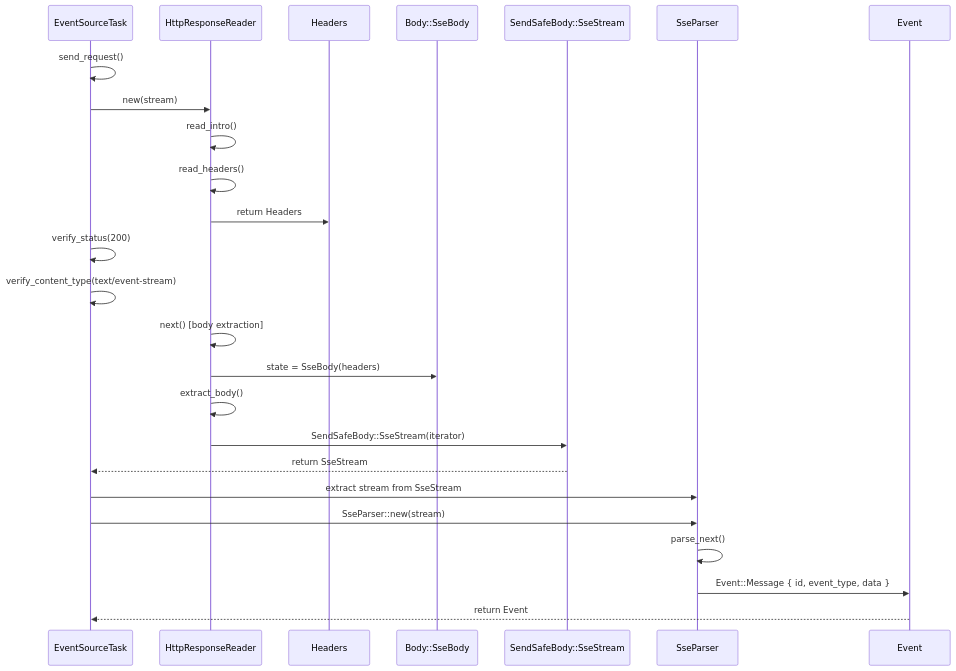
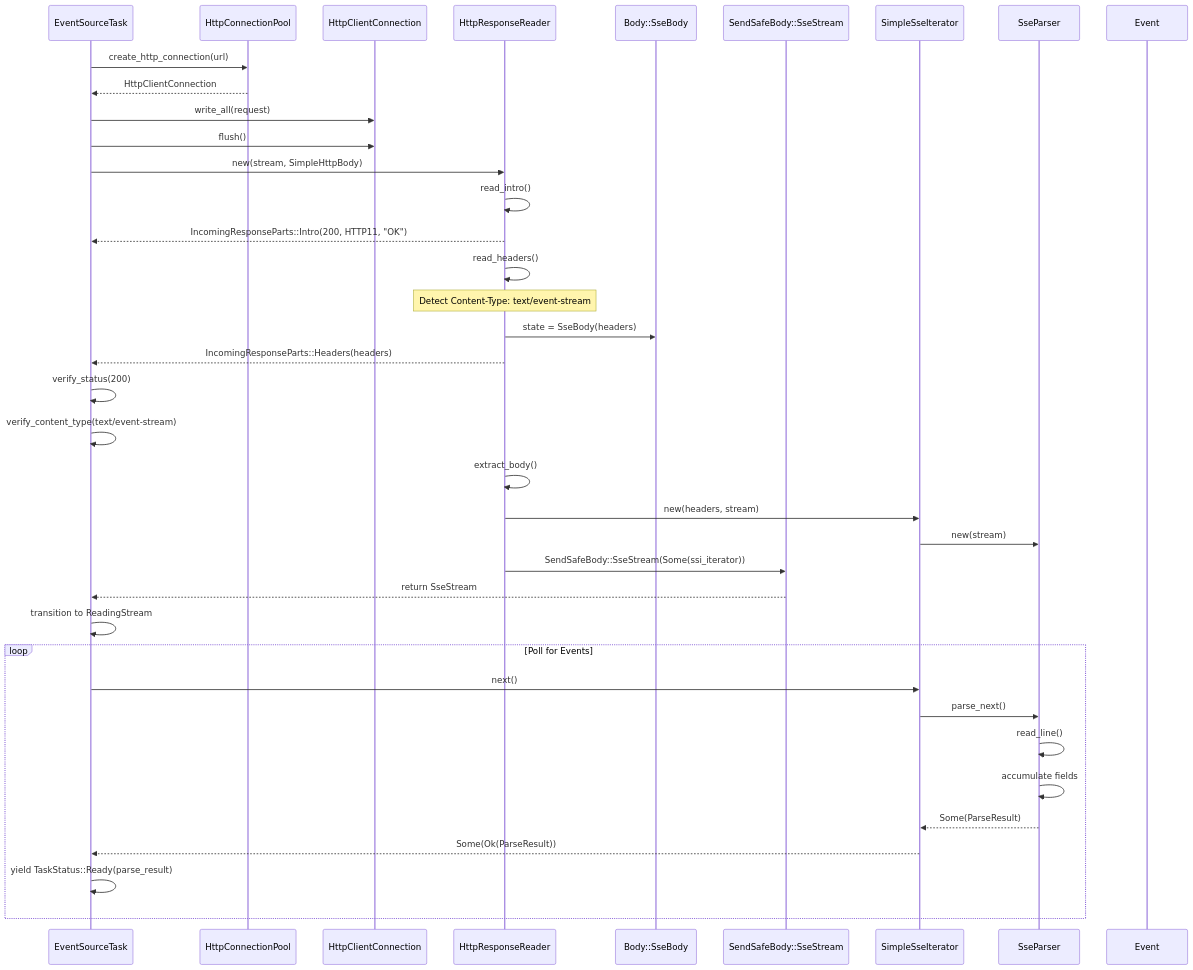
One commit to ewe-studios/ewe_platform changed the second of 2 diagrams in specifications/24-sse-http-response-fix/features/00-sse-body-integration/feature.md. Above: the diagram before and after it, drawn with Mermaid. The commit also changed other lines of this file and 14 other files, not shown here.

First line of the commit message:
ADD: SSE HTTP response fix - parse HTTP headers before SSE events

````diff
--- a/specifications/24-sse-http-response-fix/features/00-sse-body-integration/feature.md
+++ b/specifications/24-sse-http-response-fix/features/00-sse-body-integration/feature.md
@@ -208,32 +589,49 @@
 ```mermaid
 sequenceDiagram
-    participant EST as EventSourceTask
+    participant Client as EventSourceTask
+    participant Pool as HttpConnectionPool
+    participant Conn as HttpClientConnection
     participant HRR as HttpResponseReader
-    participant H as Headers
     participant SB as Body::SseBody
     participant SS as SendSafeBody::SseStream
+    participant SSI as SimpleSseIterator
     participant SP as SseParser
     participant EVT as Event
 
-    EST->>EST: send_request()
-    EST->>HRR: new(stream)
+    Client->>Pool: create_http_connection(url)
+    Pool-->>Client: HttpClientConnection
+    
+    Client->>Conn: write_all(request)
+    Client->>Conn: flush()
+    
+    Client->>HRR: new(stream, SimpleHttpBody)
     
     HRR->>HRR: read_intro()
+    HRR-->>Client: IncomingResponseParts::Intro(200, HTTP11, "OK")
+    
     HRR->>HRR: read_headers()
-    HRR->>H: return Headers
-    EST->>EST: verify_status(200)
-    EST->>EST: verify_content_type(text/event-stream)
+    Note over HRR: Detect Content-Type: text/event-stream
+    HRR->>SB: state = SseBody(headers)
+    HRR-->>Client: IncomingResponseParts::Headers(headers)
     
-    HRR->>HRR: next() [body extraction]
-    HRR->>SB: state = SseBody(headers)
+    Client->>Client: verify_status(200)
+    Client->>Client: verify_content_type(text/event-stream)
+    
     HRR->>HRR: extract_body()
-    HRR->>SS: SendSafeBody::SseStream(iterator)
-    SS-->>EST: return SseStream
+    HRR->>SSI: new(headers, stream)
+    SSI->>SP: new(stream)
+    HRR->>SS: SendSafeBody::SseStream(Some(ssi_iterator))
+    SS-->>Client: return SseStream
     
-    EST->>SP: extract stream from SseStream
-    EST->>SP: SseParser::new(stream)
+    Client->>Client: transition to ReadingStream
     
-    SP->>SP: parse_next()
-    SP->>EVT: Event::Message { id, event_type, data }
-    EVT-->>EST: return Event
+    loop Poll for Events
+        Client->>SSI: next()
+        SSI->>SP: parse_next()
+        SP->>SP: read_line()
+        SP->>SP: accumulate fields
+        SP-->>SSI: Some(ParseResult)
+        SSI-->>Client: Some(Ok(ParseResult))
+        Client->>Client: yield TaskStatus::Ready(parse_result)
+    end
 ```
````
